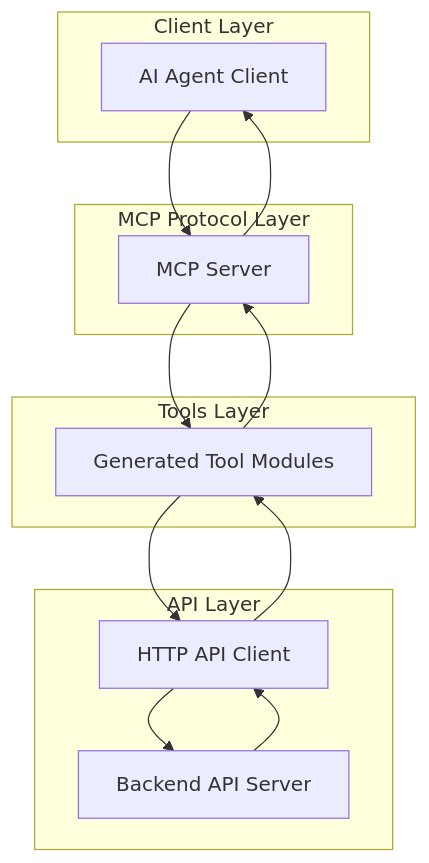
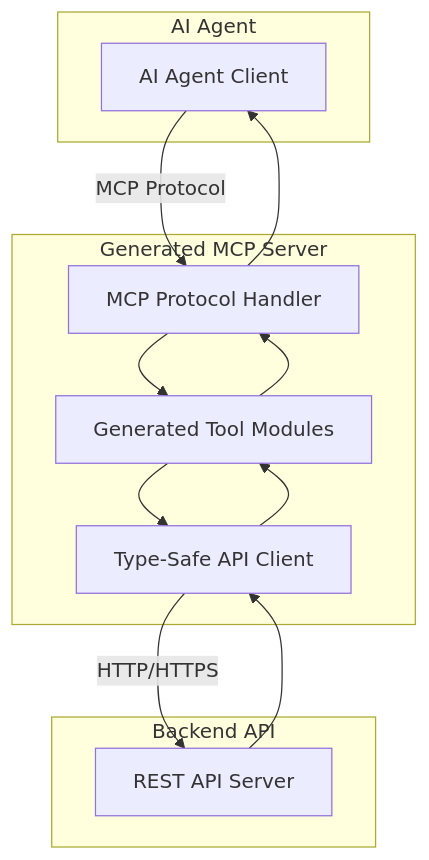
The second of 3 diagrams in docs/docs/architecture/index.md (cnoe-io/openapi-mcp-codegen), drawn with Mermaid before and after one commit. The commit also changed other lines of this file and 407 other files, not shown here.

````diff
--- a/docs/docs/architecture/index.md
+++ b/docs/docs/architecture/index.md
@@ -26,19 +62,20 @@
 ```mermaid
 flowchart TD
-  subgraph Client Layer
+  subgraph AI Agent
     A[AI Agent Client]
   end
-  subgraph MCP Protocol Layer
-    B[MCP Server]
+  subgraph Generated MCP Server
+    B[MCP Protocol Handler]
+    C[Generated Tool Modules]
+    D[Type-Safe API Client]
   end
-  subgraph Tools Layer
-    C[Generated Tool Modules]
-  end
-  subgraph API Layer
-    D[HTTP API Client]
-    E[Backend API Server]
+  subgraph Backend API
+    E[REST API Server]
   end
 
-  A --> B --> C --> D --> E
+  A -->|MCP Protocol| B
+  B --> C
+  C --> D
+  D -->|HTTP/HTTPS| E
   E --> D --> C --> B --> A
 ```
````
